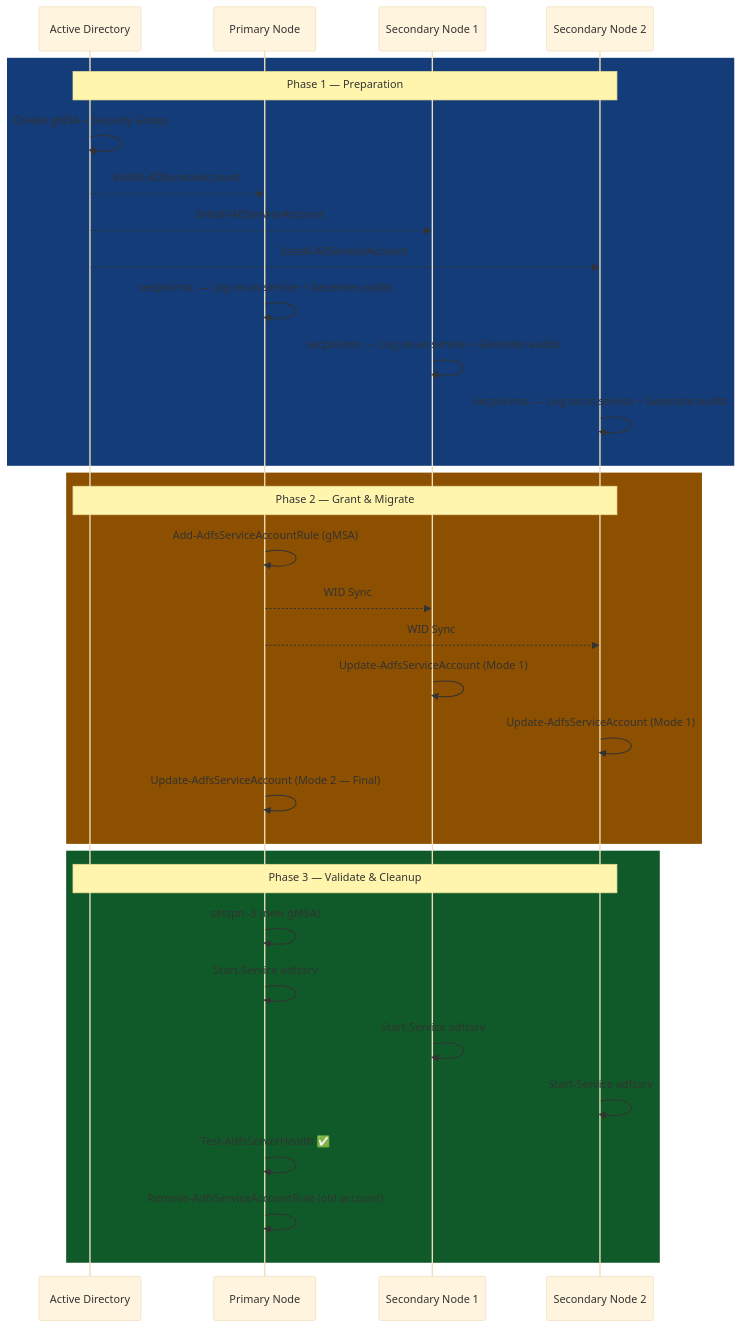
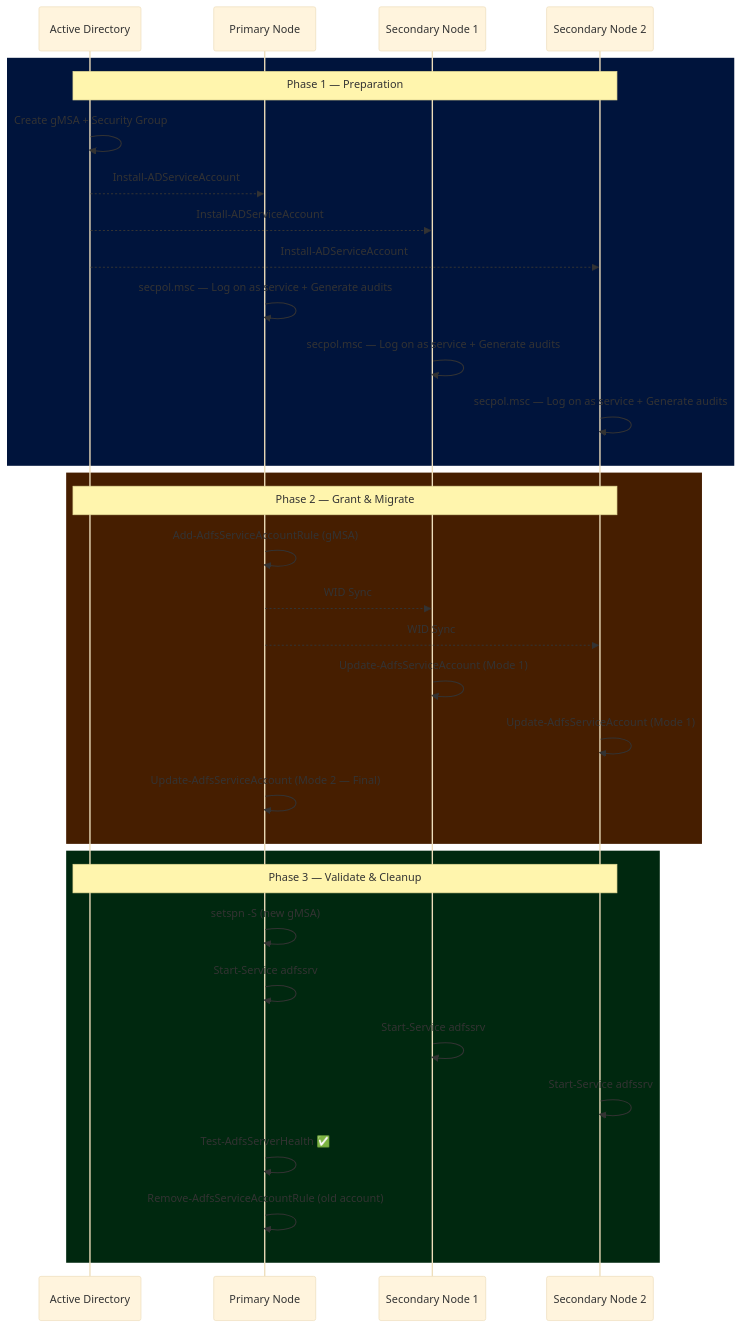
The second of 3 diagrams in ADFS/Common/ADFS Migrate Service Account to gMSA.md (0xMati/Tech-Blog), drawn with Mermaid (base theme) before and after one commit. The commit also changed other lines of this file, not shown here.

````diff
--- a/ADFS/Common/ADFS Migrate Service Account to gMSA.md
+++ b/ADFS/Common/ADFS Migrate Service Account to gMSA.md
@@ -224,38 +227,38 @@
 ```mermaid
 sequenceDiagram
     participant AD as Active Directory
     participant P as Primary Node
     participant S1 as Secondary Node 1
     participant S2 as Secondary Node 2
 
-    rect rgb(20, 60, 120)
+    rect rgb(0, 20, 60)
     Note over AD,S2: Phase 1 — Preparation
     AD->>AD: Create gMSA + Security Group
     AD-->>P: Install-ADServiceAccount
     AD-->>S1: Install-ADServiceAccount
     AD-->>S2: Install-ADServiceAccount
     P->>P: secpol.msc — Log on as service + Generate audits
     S1->>S1: secpol.msc — Log on as service + Generate audits
     S2->>S2: secpol.msc — Log on as service + Generate audits
     end
 
-    rect rgb(140, 80, 0)
+    rect rgb(70, 30, 0)
     Note over AD,S2: Phase 2 — Grant & Migrate
     P->>P: Add-AdfsServiceAccountRule (gMSA)
     P-->>S1: WID Sync
     P-->>S2: WID Sync
     S1->>S1: Update-AdfsServiceAccount (Mode 1)
     S2->>S2: Update-AdfsServiceAccount (Mode 1)
     P->>P: Update-AdfsServiceAccount (Mode 2 — Final)
     end
 
-    rect rgb(15, 90, 40)
+    rect rgb(0, 40, 15)
     Note over AD,S2: Phase 3 — Validate & Cleanup
     P->>P: setspn -S (new gMSA)
     P->>P: Start-Service adfssrv
     S1->>S1: Start-Service adfssrv
     S2->>S2: Start-Service adfssrv
     P->>P: Test-AdfsServerHealth ✅
     P->>P: Remove-AdfsServiceAccountRule (old account)
     end
 ```
````
